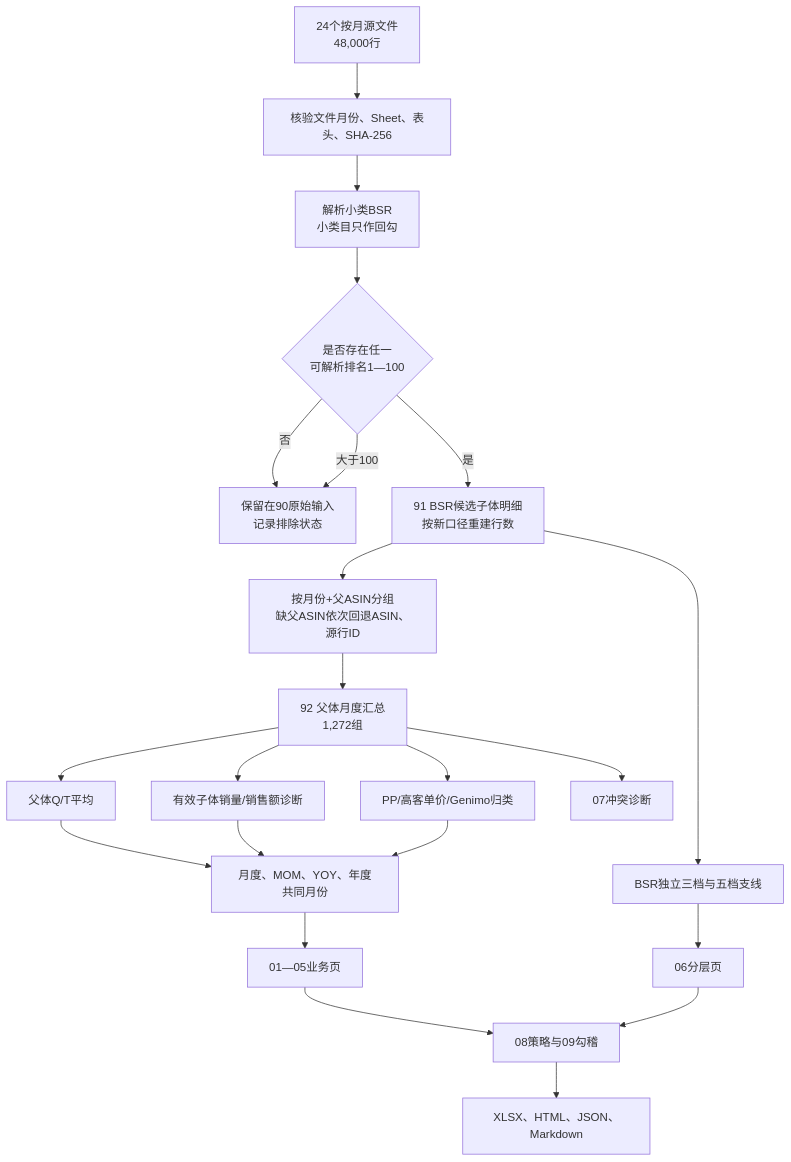
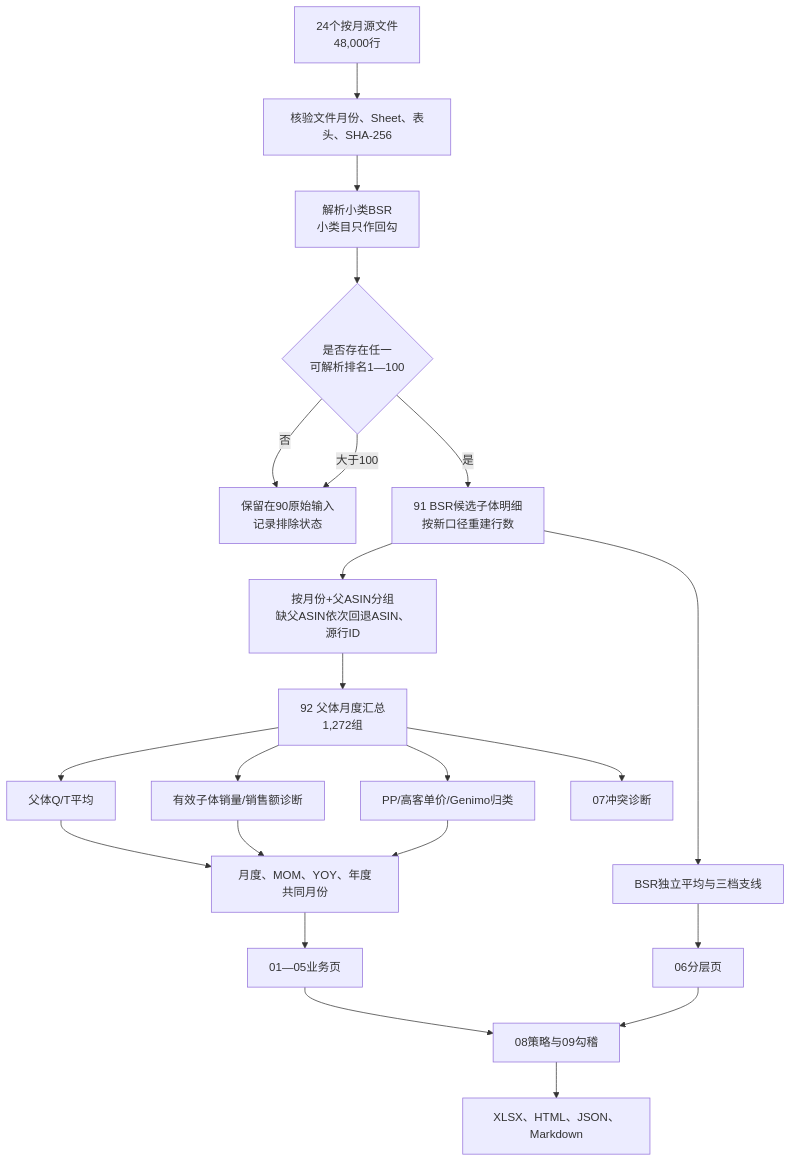
The diagram in docs/数据处理流程与人工验算-20260922.md (theZhouverse/t5-outdoor-rug-market-analysis), drawn with Mermaid before and after one commit. The commit also changed other lines of this file and 4 other files, not shown here.

````diff
--- a/docs/数据处理流程与人工验算-20260922.md
+++ b/docs/数据处理流程与人工验算-20260922.md
@@ -32,24 +32,24 @@
 ```mermaid
 flowchart TD
   A[24个按月源文件<br/>48,000行] --> B[核验文件月份、Sheet、表头、SHA-256]
   B --> C[解析小类BSR<br/>小类目只作回勾]
   C --> D{是否存在任一<br/>可解析排名1—100}
   D -->|否| E[保留在90原始输入<br/>记录排除状态]
   D -->|是| F[91 BSR候选子体明细<br/>按新口径重建行数]
   D -->|大于100| E
   F --> G[按月份+父ASIN分组<br/>缺父ASIN依次回退ASIN、源行ID]
   G --> H[92 父体月度汇总<br/>1,272组]
    H --> I[父体Q/T平均]
    H --> J[有效子体销量/销售额诊断]
   H --> K[PP/高客单价/Genimo归类]
   I --> L[月度、MOM、YOY、年度共同月份]
   J --> L
   K --> L
-   F --> M[BSR独立三档与五档支线]
+   F --> M[BSR独立平均与三档支线]
   L --> N[01—05业务页]
   M --> O[06分层页]
   H --> P[07冲突诊断]
   N --> Q[08策略与09勾稽]
   O --> Q
   Q --> R[XLSX、HTML、JSON、Markdown]
 ```
````
